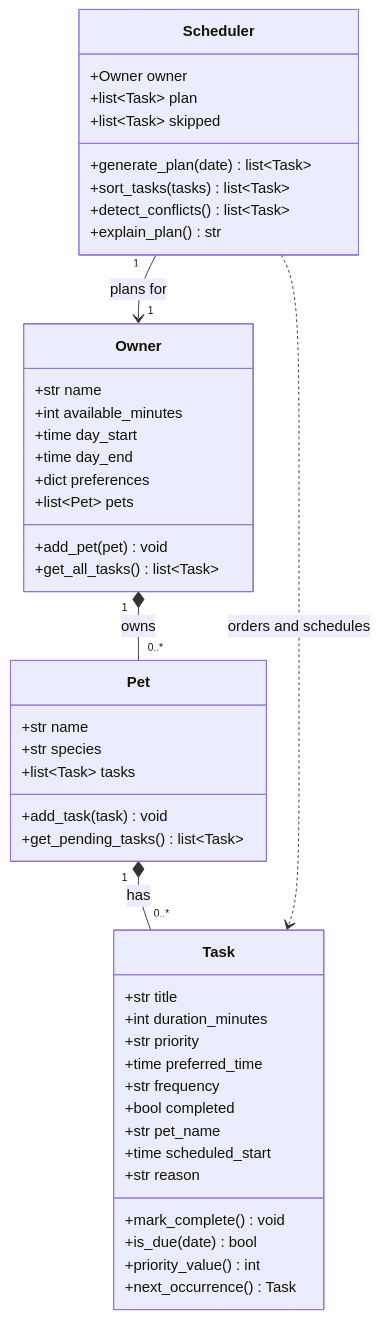
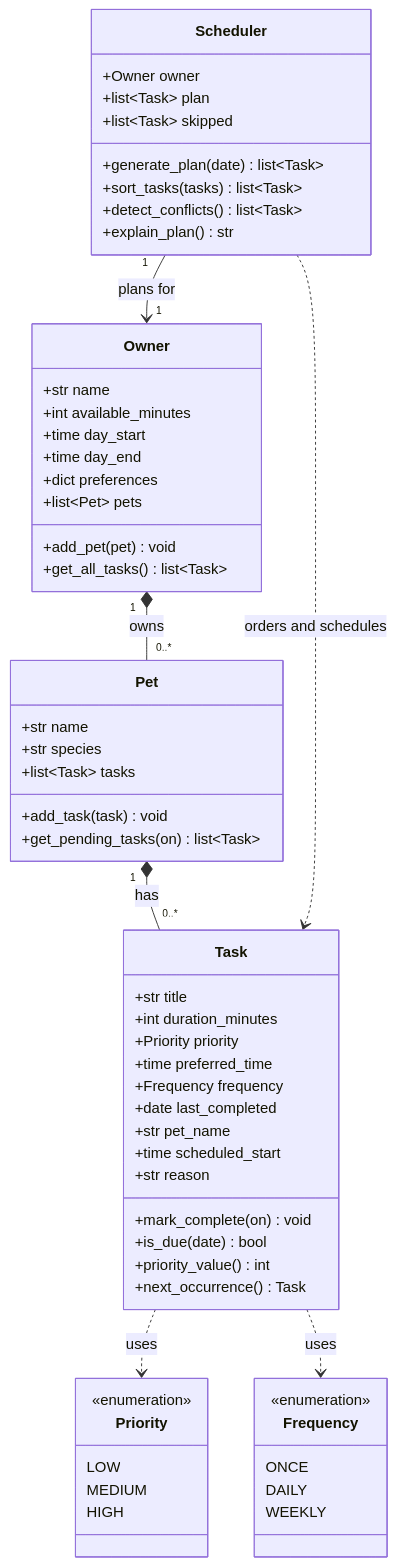
Before and after one commit to JeArthur-wd/pawpal-starter: the diagram in diagrams/uml.mmd, drawn with Mermaid. The commit also changed 6 other files, not shown here.

```diff
--- a/diagrams/uml.mmd
+++ b/diagrams/uml.mmd
@@ -1,50 +1,66 @@
 classDiagram
     class Owner {
         +str name
         +int available_minutes
         +time day_start
         +time day_end
         +dict preferences
         +list~Pet~ pets
         +add_pet(pet) void
         +get_all_tasks() list~Task~
     }
 
     class Pet {
         +str name
         +str species
         +list~Task~ tasks
         +add_task(task) void
-        +get_pending_tasks() list~Task~
+        +get_pending_tasks(on) list~Task~
     }
 
     class Task {
         +str title
         +int duration_minutes
-        +str priority
+        +Priority priority
         +time preferred_time
-        +str frequency
-        +bool completed
+        +Frequency frequency
+        +date last_completed
         +str pet_name
         +time scheduled_start
         +str reason
-        +mark_complete() void
+        +mark_complete(on) void
         +is_due(date) bool
         +priority_value() int
         +next_occurrence() Task
     }
 
     class Scheduler {
         +Owner owner
         +list~Task~ plan
         +list~Task~ skipped
         +generate_plan(date) list~Task~
         +sort_tasks(tasks) list~Task~
         +detect_conflicts() list~Task~
         +explain_plan() str
     }
 
+    class Priority {
+        <<enumeration>>
+        LOW
+        MEDIUM
+        HIGH
+    }
+
+    class Frequency {
+        <<enumeration>>
+        ONCE
+        DAILY
+        WEEKLY
+    }
+
     Owner "1" *-- "0..*" Pet : owns
     Pet "1" *-- "0..*" Task : has
     Scheduler "1" --> "1" Owner : plans for
     Scheduler ..> Task : orders and schedules
+    Task ..> Priority : uses
+    Task ..> Frequency : uses
```
